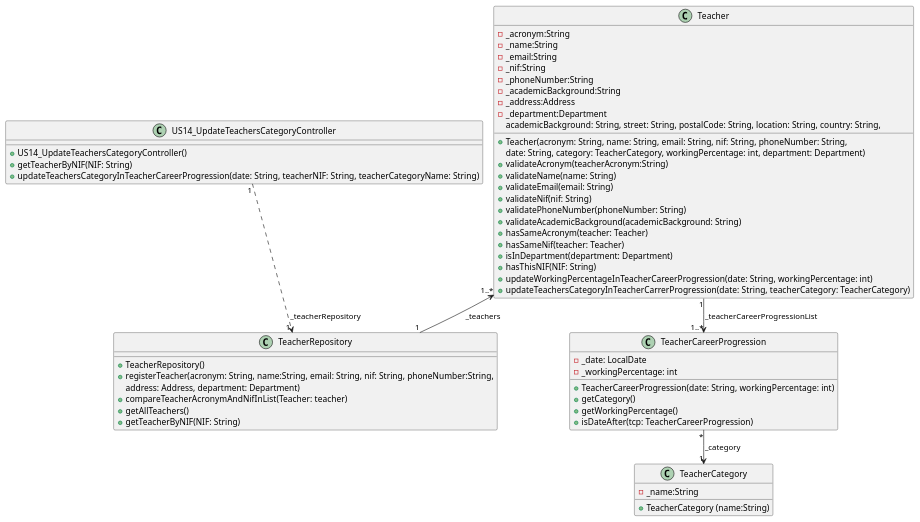
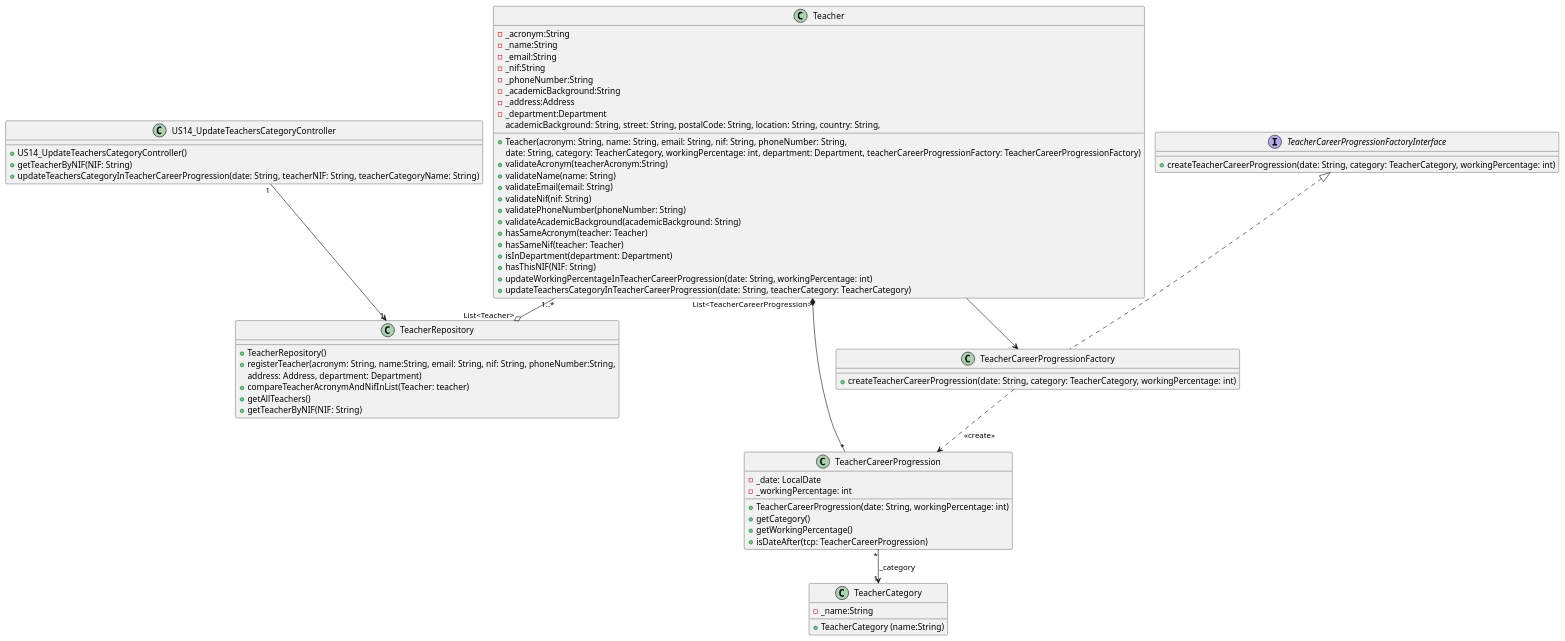
Before and after one commit to GasparISEP/DevOps-PAI: the diagram in docs/US14/US14_ClassDiagram.puml, drawn with PlantUML. The commit also changed 1 other file, not shown here.

Commit message:
Updated US14's Class Diagram and Sequence Diagram

```diff
--- a/docs/US14/US14_ClassDiagram.puml
+++ b/docs/US14/US14_ClassDiagram.puml
@@ -1,66 +1,78 @@
 @startuml
 
 !pragma layout smetana
 'left to right direction'
 
 class US14_UpdateTeachersCategoryController {
     +US14_UpdateTeachersCategoryController()
     +getTeacherByNIF(NIF: String)
     +updateTeachersCategoryInTeacherCareerProgression(date: String, teacherNIF: String, teacherCategoryName: String)
 }
 
 class Teacher {
      -_acronym:String
      -_name:String
      -_email:String
      -_nif:String
      -_phoneNumber:String
      -_academicBackground:String
      -_address:Address
      -_department:Department
      +Teacher(acronym: String, name: String, email: String, nif: String, phoneNumber: String,
      academicBackground: String, street: String, postalCode: String, location: String, country: String,
-     date: String, category: TeacherCategory, workingPercentage: int, department: Department)
+     date: String, category: TeacherCategory, workingPercentage: int, department: Department, teacherCareerProgressionFactory: TeacherCareerProgressionFactory)
      +validateAcronym(teacherAcronym:String)
      +validateName(name: String)
      +validateEmail(email: String)
      +validateNif(nif: String)
      +validatePhoneNumber(phoneNumber: String)
      +validateAcademicBackground(academicBackground: String)
      +hasSameAcronym(teacher: Teacher)
      +hasSameNif(teacher: Teacher)
      +isInDepartment(department: Department)
      +hasThisNIF(NIF: String)
      +updateWorkingPercentageInTeacherCareerProgression(date: String, workingPercentage: int)
-     +updateTeachersCategoryInTeacherCarrerProgression(date: String, teacherCategory: TeacherCategory)
+     +updateTeachersCategoryInTeacherCareerProgression(date: String, teacherCategory: TeacherCategory)
 }
 
 class TeacherCareerProgression {
     -_date: LocalDate
     -_workingPercentage: int
     +TeacherCareerProgression(date: String, workingPercentage: int)
     +getCategory()
     +getWorkingPercentage()
     +isDateAfter(tcp: TeacherCareerProgression)
+}
+
+class TeacherCareerProgressionFactory {
++createTeacherCareerProgression(date: String, category: TeacherCategory, workingPercentage: int)
+}
+
+interface TeacherCareerProgressionFactoryInterface {
++createTeacherCareerProgression(date: String, category: TeacherCategory, workingPercentage: int)
 }
 
 class TeacherRepository {
     +TeacherRepository()
     +registerTeacher(acronym: String, name:String, email: String, nif: String, phoneNumber:String,
                      address: Address, department: Department)
     +compareTeacherAcronymAndNifInList(Teacher: teacher)
     +getAllTeachers()
     +getTeacherByNIF(NIF: String)
 }
 
 class TeacherCategory {
     -_name:String
     + TeacherCategory (name:String)
 }
 
-US14_UpdateTeachersCategoryController "1" ..> "1 " TeacherRepository: _teacherRepository
-Teacher "1..*" <-- "1" TeacherRepository: _teachers
-Teacher "1" --> "1..*" TeacherCareerProgression: _teacherCareerProgressionList
+US14_UpdateTeachersCategoryController "1" --> "1 " TeacherRepository
+Teacher "1..*" --o "List<Teacher>" TeacherRepository
 TeacherCareerProgression "*" --> "1" TeacherCategory: _category
+Teacher --> TeacherCareerProgressionFactory
+Teacher "List<TeacherCareerProgression>" *-- "*" TeacherCareerProgression
+TeacherCareerProgressionFactory ..> TeacherCareerProgression: <<create>>
+TeacherCareerProgressionFactoryInterface <|.. TeacherCareerProgressionFactory
+
 
 @enduml
```
